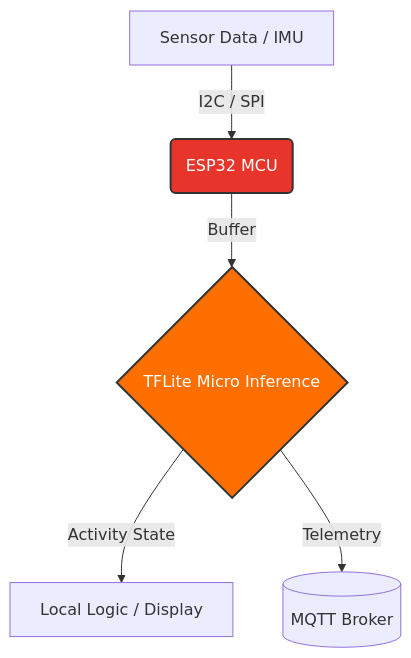
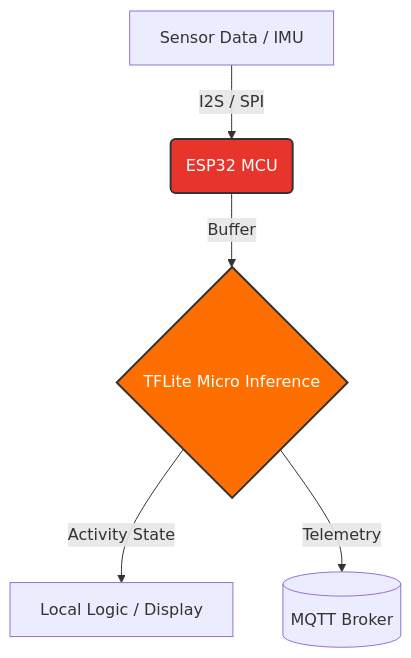
Before and after one commit to mohansudhandhiram-2k07/study-buddy: the diagram in README.md, drawn with Mermaid. The commit also changed other lines of this file, not shown here.

````diff
--- a/README.md
+++ b/README.md
@@ -19,10 +47,10 @@
 ```mermaid
 graph TD;
-    A[Sensor Data / IMU] -->|I2C / SPI| B(ESP32 MCU)
+    A[Sensor Data / IMU] -->|I2S / SPI| B(ESP32 MCU)
     B -->|Buffer| C{TFLite Micro Inference}
     C -->|Activity State| D[Local Logic / Display]
     C -->|Telemetry| E[(MQTT Broker)]
 
     style B fill:#e7352c,stroke:#333,stroke-width:2px,color:#fff
     style C fill:#ff6f00,stroke:#333,stroke-width:2px,color:#fff
 ```
````
